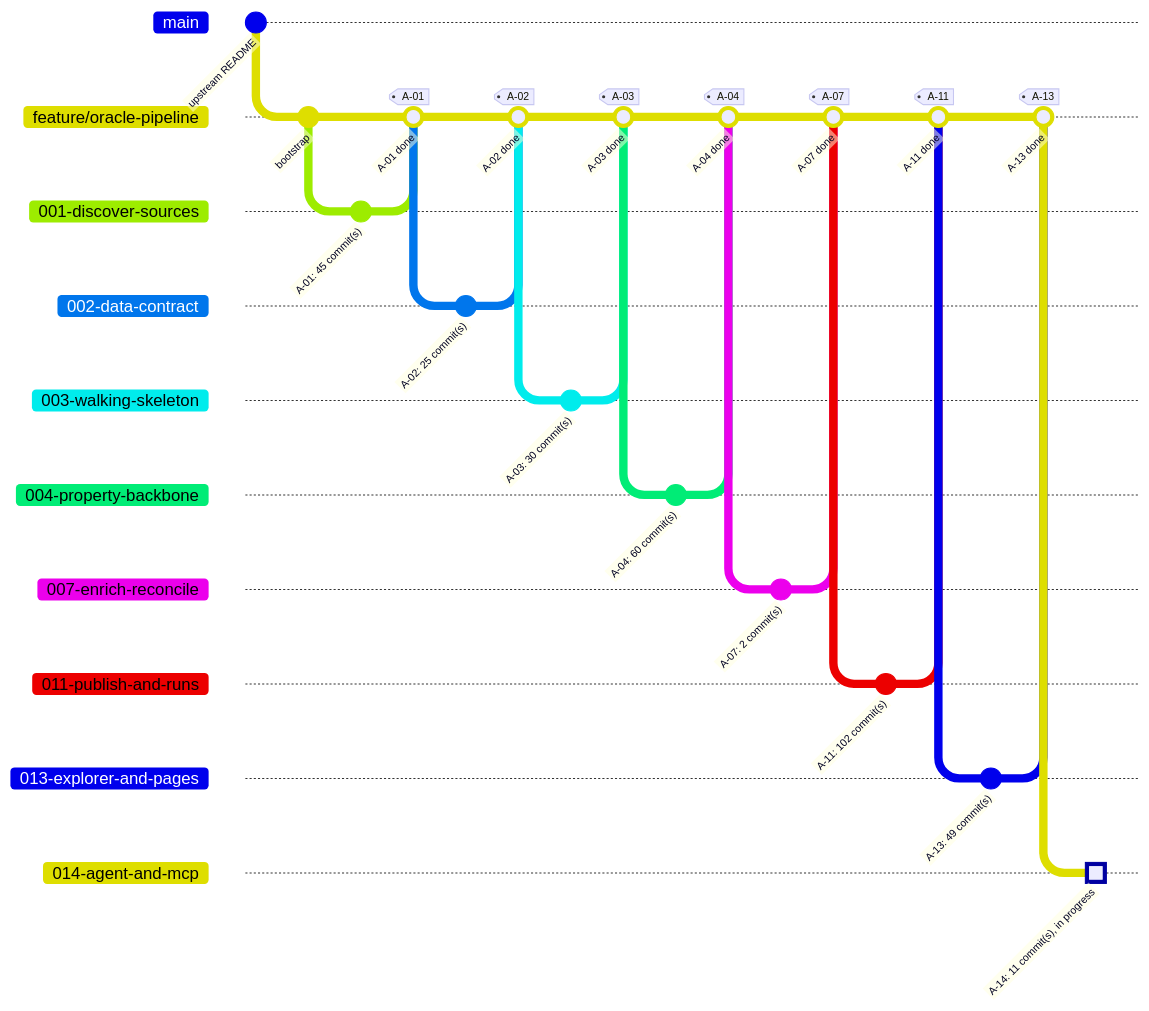
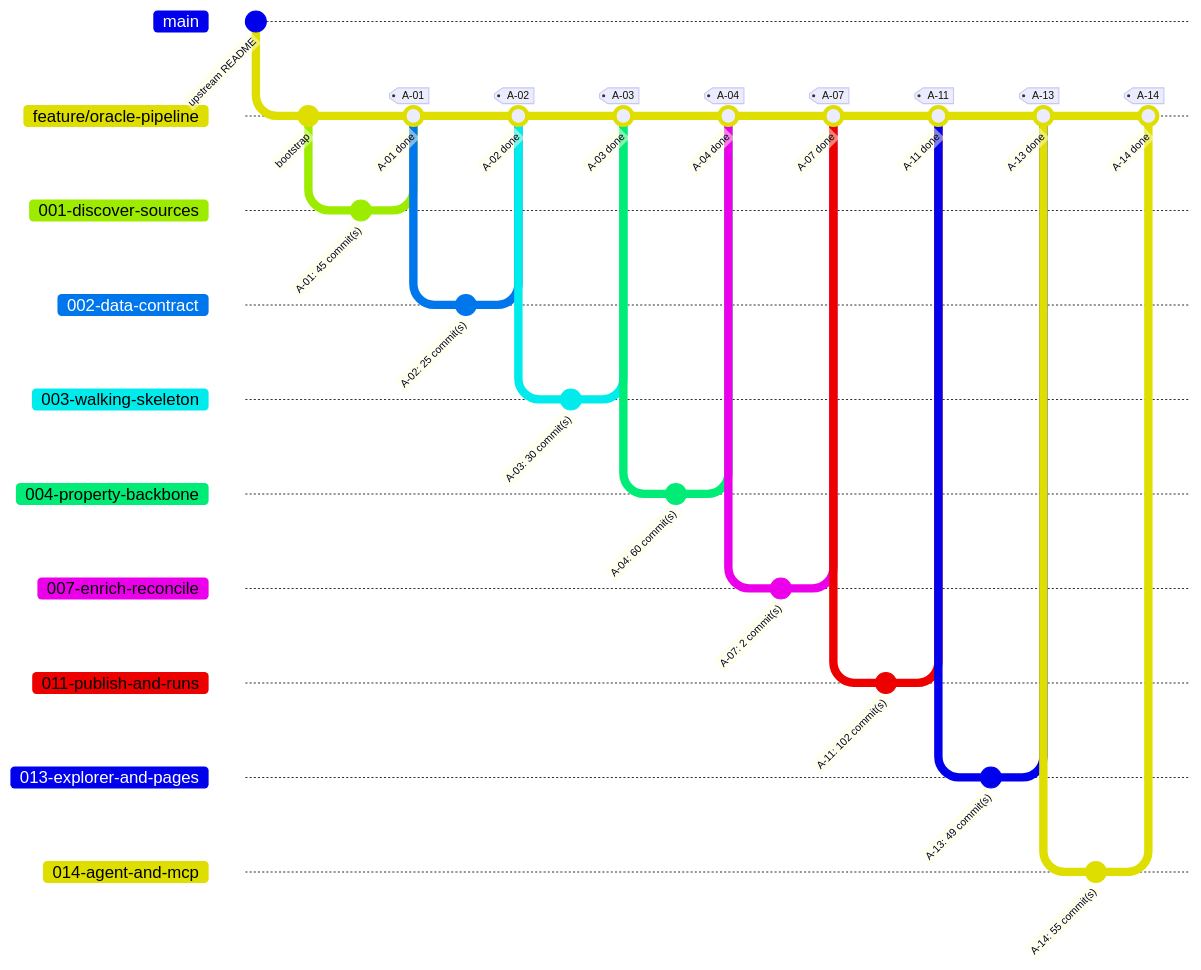
The second of 2 diagrams in docs/progress.md (HebaGaber/oracle-property-intelligence-platform-pipeline-travis-tx), drawn with Mermaid before and after one commit. The commit also changed other lines of this file and 2 other files, not shown here.

Commit message:
A-14: update progress; merge commit recorded in the gate log; G7 verdict PASS with the PO exceptions

````diff
--- a/docs/progress.md
+++ b/docs/progress.md
@@ -19,38 +19,39 @@
 ```mermaid
 %%{init: { 'gitGraph': { 'mainBranchName': 'main', 'showCommitLabel': true } } }%%
 gitGraph
   commit id: "upstream README"
   branch "feature/oracle-pipeline"
   commit id: "bootstrap"
   branch "001-discover-sources"
   commit id: "A-01: 45 commit(s)"
   checkout "feature/oracle-pipeline"
   merge "001-discover-sources" id: "A-01 done" tag: "A-01"
   branch "002-data-contract"
   commit id: "A-02: 25 commit(s)"
   checkout "feature/oracle-pipeline"
   merge "002-data-contract" id: "A-02 done" tag: "A-02"
   branch "003-walking-skeleton"
   commit id: "A-03: 30 commit(s)"
   checkout "feature/oracle-pipeline"
   merge "003-walking-skeleton" id: "A-03 done" tag: "A-03"
   branch "004-property-backbone"
   commit id: "A-04: 60 commit(s)"
   checkout "feature/oracle-pipeline"
   merge "004-property-backbone" id: "A-04 done" tag: "A-04"
   branch "007-enrich-reconcile"
   commit id: "A-07: 2 commit(s)"
   checkout "feature/oracle-pipeline"
   merge "007-enrich-reconcile" id: "A-07 done" tag: "A-07"
   branch "011-publish-and-runs"
   commit id: "A-11: 102 commit(s)"
   checkout "feature/oracle-pipeline"
   merge "011-publish-and-runs" id: "A-11 done" tag: "A-11"
   branch "013-explorer-and-pages"
   commit id: "A-13: 49 commit(s)"
   checkout "feature/oracle-pipeline"
   merge "013-explorer-and-pages" id: "A-13 done" tag: "A-13"
   branch "014-agent-and-mcp"
-  commit id: "A-14: 11 commit(s), in progress" type: HIGHLIGHT
+  commit id: "A-14: 55 commit(s)"
   checkout "feature/oracle-pipeline"
+  merge "014-agent-and-mcp" id: "A-14 done" tag: "A-14"
 ```
````
